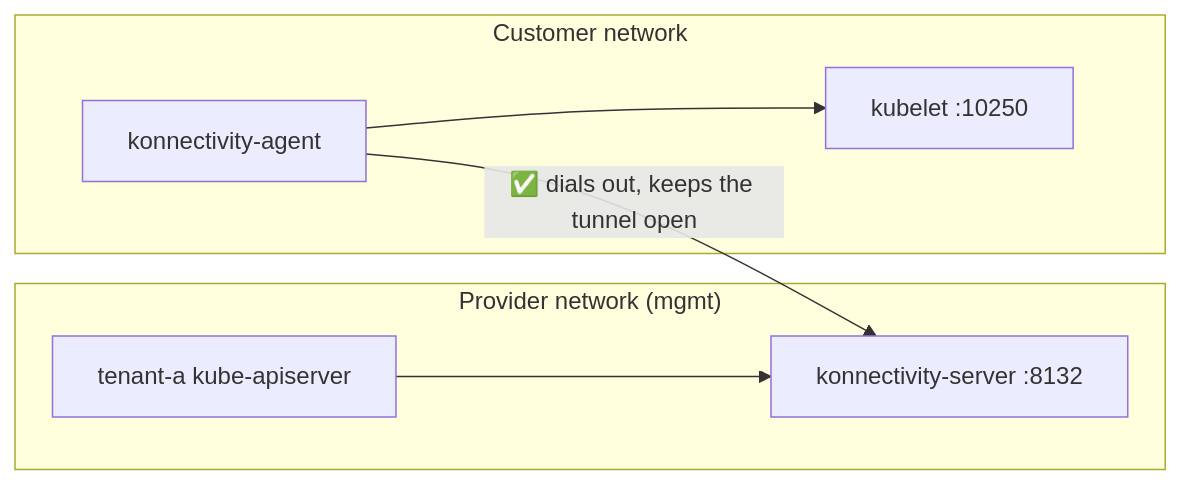
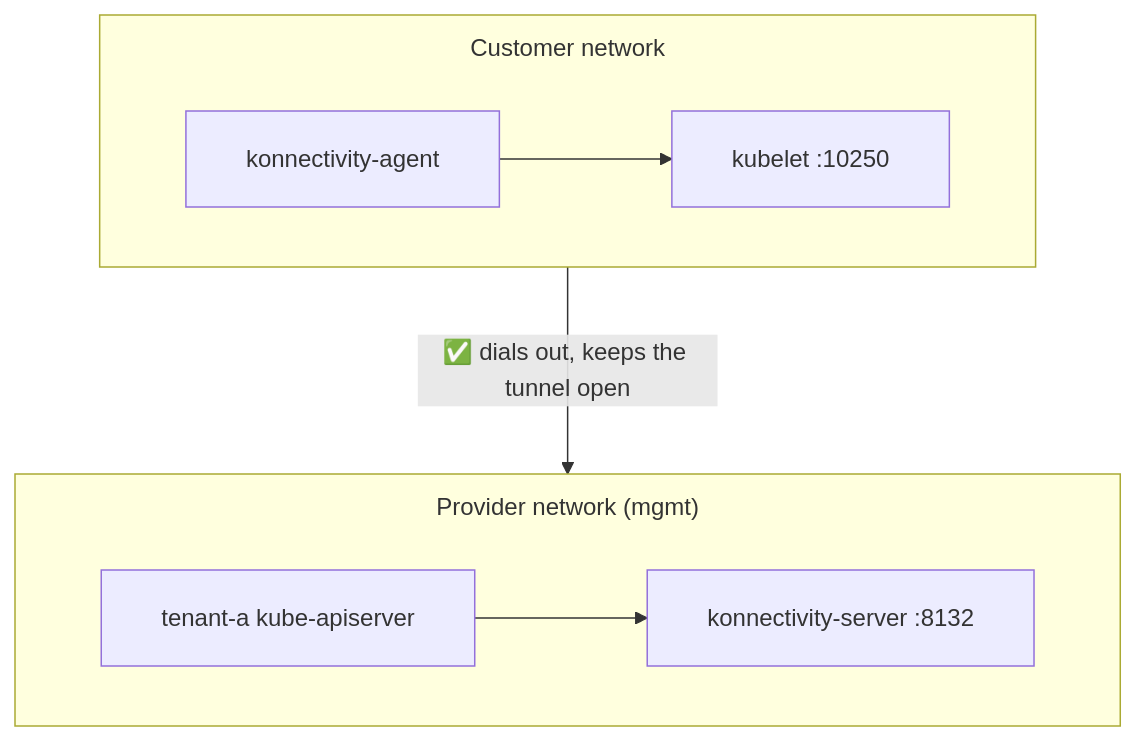
The diagram in docs/10-konnectivity.md (latitudesh/managed-k8s-workshop), drawn with Mermaid before and after one commit. The commit also changed other lines of this file and 38 other files, not shown here.

````diff
--- a/docs/10-konnectivity.md
+++ b/docs/10-konnectivity.md
@@ -5,10 +7,13 @@
 ```mermaid
-flowchart LR
+%%{init: {"flowchart": {"padding": 20, "nodeSpacing": 60, "rankSpacing": 90, "subGraphTitleMargin": {"top": 10, "bottom": 14}}}}%%
+flowchart TB
+  subgraph customer["Customer network"]
+    direction LR
+    agent["konnectivity-agent"] --> kubelet["kubelet :10250"]
+  end
   subgraph provider["Provider network (mgmt)"]
+    direction LR
     api["tenant-a kube-apiserver"] --> server["konnectivity-server :8132"]
-  end
-  subgraph customer["Customer network"]
-    agent["konnectivity-agent"] --> kubelet["kubelet :10250"]
   end
   agent -- "✅ dials out, keeps the tunnel open" --> server
 ```
````
